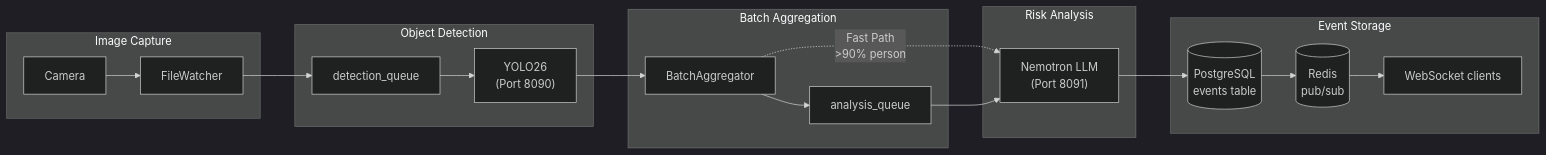
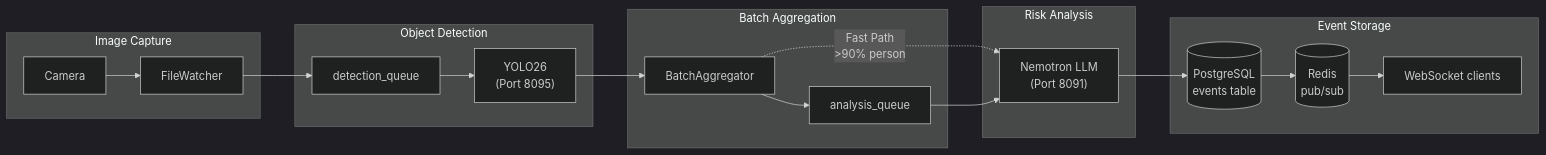
Before and after one commit to mikesvoboda/nemotron-v3-home-security-intelligence: the diagram in docs/developer/pipeline-overview.md, drawn with Mermaid. The commit also changed 206 other files, not shown here.

````diff
--- a/docs/developer/pipeline-overview.md
+++ b/docs/developer/pipeline-overview.md
@@ -128,39 +128,39 @@
 ```mermaid
 %%{init: {'theme': 'dark'}}%%
 flowchart LR
     subgraph Input["Image Capture"]
         Camera[Camera]
         FW[FileWatcher]
     end
 
     subgraph Detection["Object Detection"]
         DQ[detection_queue]
-        YOLO["YOLO26<br/>(Port 8090)"]
+        YOLO["YOLO26<br/>(Port 8095)"]
     end
 
     subgraph Batching["Batch Aggregation"]
         BA[BatchAggregator]
         AQ[analysis_queue]
     end
 
     subgraph Analysis["Risk Analysis"]
         NEM["Nemotron LLM<br/>(Port 8091)"]
     end
 
     subgraph Storage["Event Storage"]
         DB[(PostgreSQL<br/>events table)]
         Redis[(Redis<br/>pub/sub)]
         WS[WebSocket clients]
     end
 
     Camera --> FW
     FW --> DQ
     DQ --> YOLO
     YOLO --> BA
     BA --> AQ
     BA -.->|Fast Path<br/>>90% person| NEM
     AQ --> NEM
     NEM --> DB
     DB --> Redis
     Redis --> WS
 ```
````
